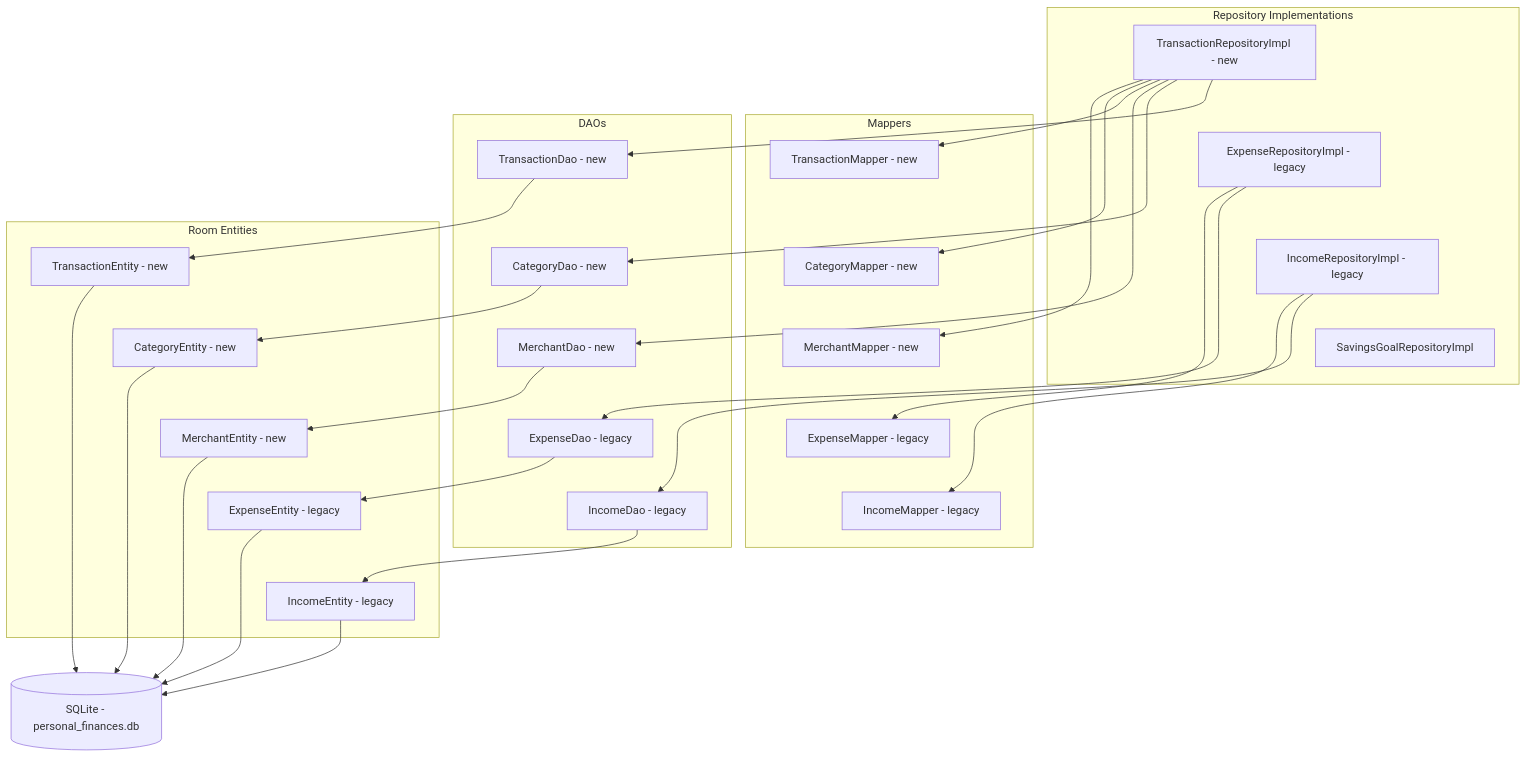
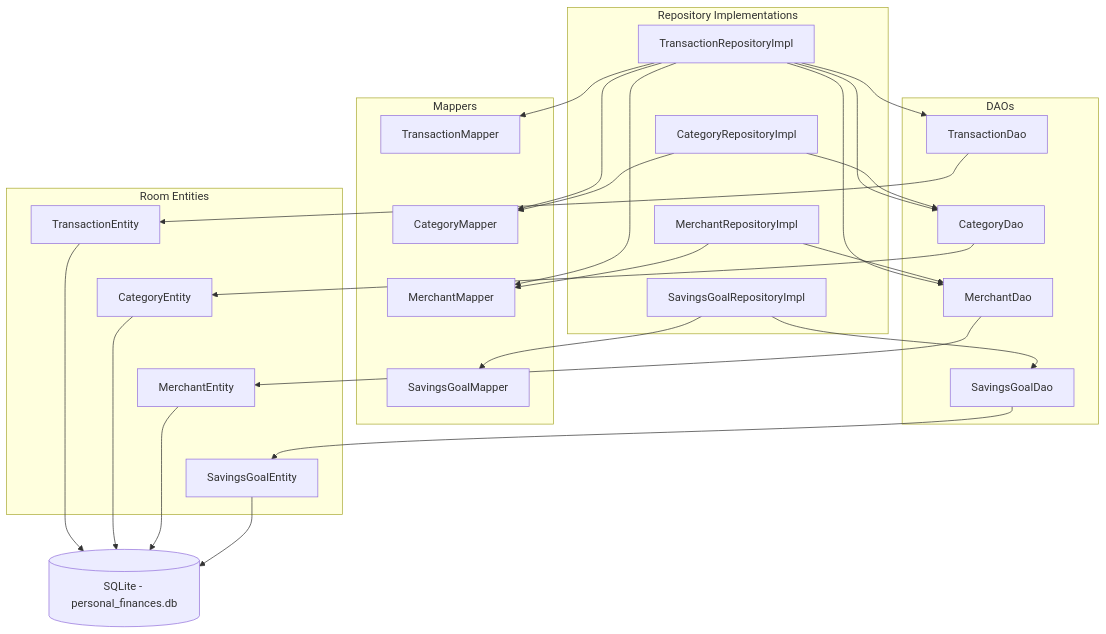
Before and after one commit to JFfarrell/financesApp: the diagram in docs/architecture/03_data.md, drawn with Mermaid. The commit also changed other lines of this file and 72 other files, not shown here.

````diff
--- a/docs/architecture/03_data.md
+++ b/docs/architecture/03_data.md
@@ -5,61 +5,58 @@
 ```mermaid
 graph TD
 
     subgraph Impls["Repository Implementations"]
-        TRI["TransactionRepositoryImpl - new"]
-        TRI ~~~ ERI["ExpenseRepositoryImpl - legacy"]
-        ERI ~~~ IRI["IncomeRepositoryImpl - legacy"]
-        IRI ~~~ SGRI["SavingsGoalRepositoryImpl"]
+        TRI["TransactionRepositoryImpl"]
+        TRI ~~~ CRI["CategoryRepositoryImpl"]
+        CRI ~~~ MRI["MerchantRepositoryImpl"]
+        MRI ~~~ SGRI["SavingsGoalRepositoryImpl"]
     end
 
     subgraph Mappers["Mappers"]
-        TM["TransactionMapper - new"]
-        TM ~~~ CM["CategoryMapper - new"]
-        CM ~~~ MM["MerchantMapper - new"]
-        MM ~~~ EM["ExpenseMapper - legacy"]
-        EM ~~~ IM["IncomeMapper - legacy"]
+        TM["TransactionMapper"]
+        TM ~~~ CM["CategoryMapper"]
+        CM ~~~ MM["MerchantMapper"]
+        MM ~~~ SGM["SavingsGoalMapper"]
     end
 
     subgraph DAOs["DAOs"]
-        TD["TransactionDao - new"]
-        TD ~~~ CD["CategoryDao - new"]
-        CD ~~~ MD["MerchantDao - new"]
-        MD ~~~ ED["ExpenseDao - legacy"]
-        ED ~~~ ID2["IncomeDao - legacy"]
+        TD["TransactionDao"]
+        TD ~~~ CD["CategoryDao"]
+        CD ~~~ MD["MerchantDao"]
+        MD ~~~ SGD["SavingsGoalDao"]
     end
 
     subgraph Entities["Room Entities"]
-        TE["TransactionEntity - new"]
-        TE ~~~ CE["CategoryEntity - new"]
-        CE ~~~ ME["MerchantEntity - new"]
-        ME ~~~ EE["ExpenseEntity - legacy"]
-        EE ~~~ IE["IncomeEntity - legacy"]
+        TE["TransactionEntity"]
+        TE ~~~ CE["CategoryEntity"]
+        CE ~~~ ME["MerchantEntity"]
+        ME ~~~ SGE["SavingsGoalEntity"]
     end
 
     DB[("SQLite - personal_finances.db")]
 
     TRI --> TD
     TRI --> CD
     TRI --> MD
     TRI --> TM
     TRI --> CM
     TRI --> MM
-    ERI --> ED
-    ERI --> EM
-    IRI --> ID2
-    IRI --> IM
+    CRI --> CD
+    CRI --> CM
+    MRI --> MD
+    MRI --> MM
+    SGRI --> SGD
+    SGRI --> SGM
 
     TD --> TE
     CD --> CE
     MD --> ME
-    ED --> EE
-    ID2 --> IE
+    SGD --> SGE
 
     TE --> DB
     CE --> DB
     ME --> DB
-    EE --> DB
-    IE --> DB
+    SGE --> DB
 
     TM ~~~ TE
 ```
````
